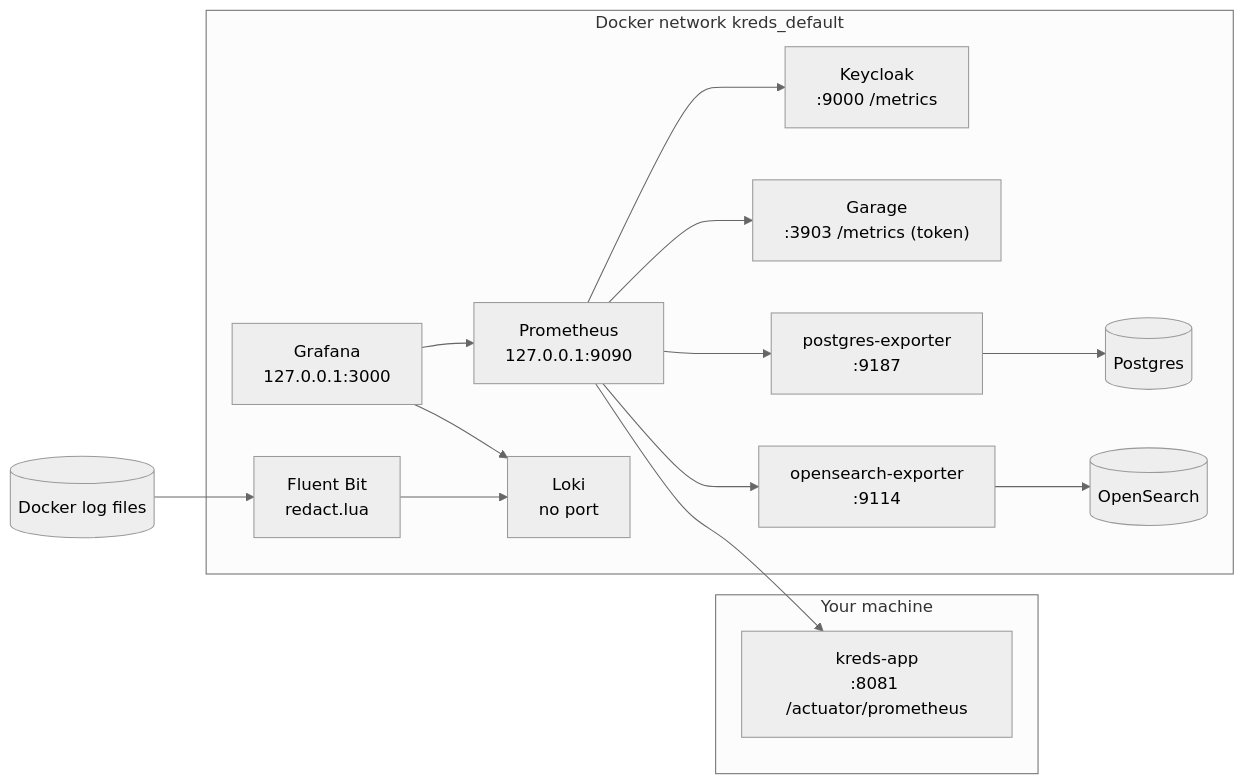
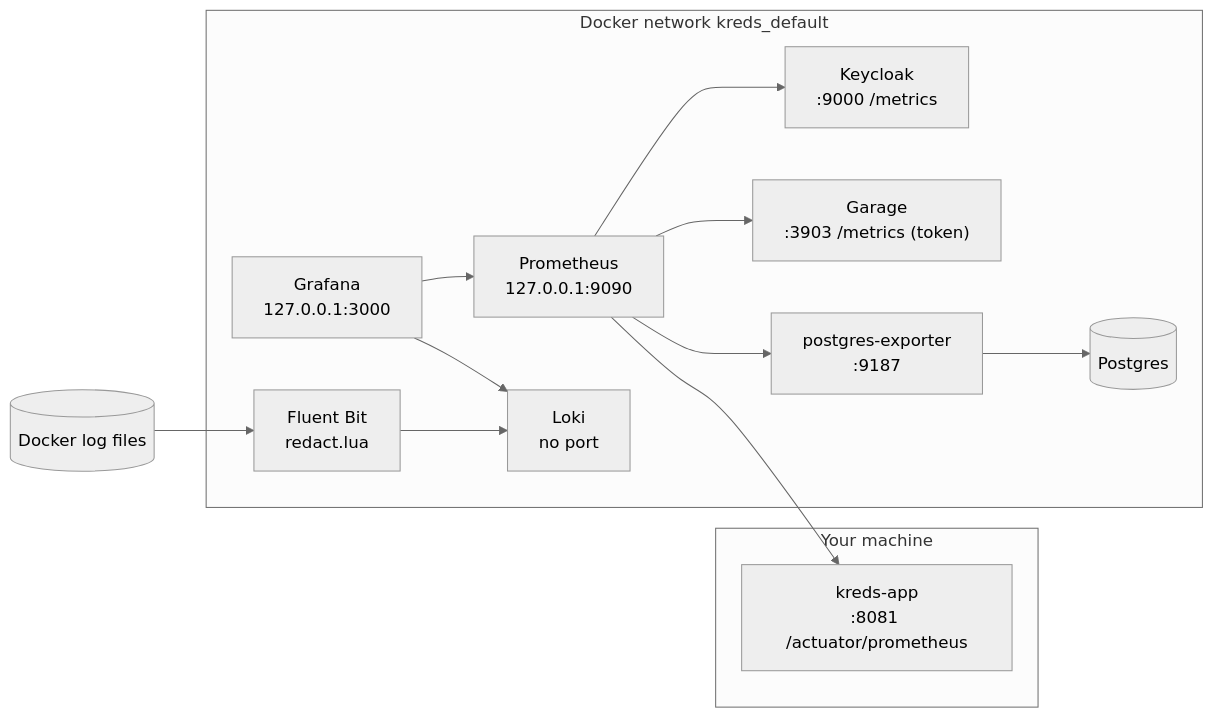
Before and after one commit to projectlinden/linden: the diagram in docs/operations/monitoring.md, drawn with Mermaid (neutral theme). The commit also changed other lines of this file and 37 other files, not shown here.

````diff
--- a/docs/operations/monitoring.md
+++ b/docs/operations/monitoring.md
@@ -9,24 +9,22 @@
 ```mermaid
 flowchart LR
     subgraph host["Your machine"]
         app["kreds-app<br/>:8081 /actuator/prometheus"]
     end
     subgraph docker["Docker network kreds_default"]
         kc["Keycloak<br/>:9000 /metrics"]
         garage["Garage<br/>:3903 /metrics (token)"]
         pgx["postgres-exporter<br/>:9187"] --> pg[("Postgres")]
-        osx["opensearch-exporter<br/>:9114"] --> os[("OpenSearch")]
         prom["Prometheus<br/>127.0.0.1:9090"]
         grafana["Grafana<br/>127.0.0.1:3000"]
         fb["Fluent Bit<br/>redact.lua"]
         loki["Loki<br/>no port"]
     end
     logs[("Docker log files")] --> fb --> loki
     grafana --> prom
     grafana --> loki
     prom --> app
     prom --> kc
     prom --> garage
     prom --> pgx
-    prom --> osx
 ```
````
